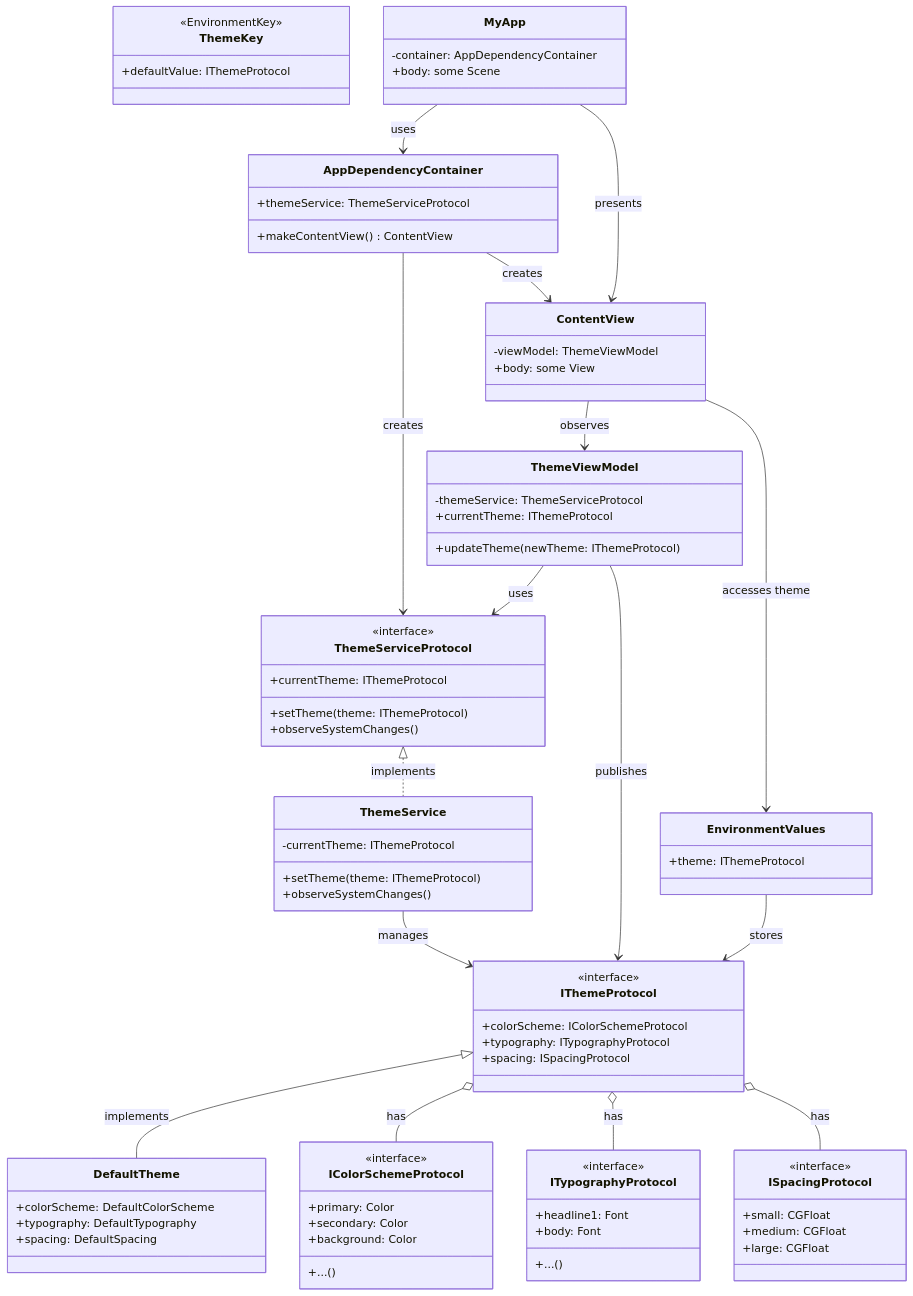
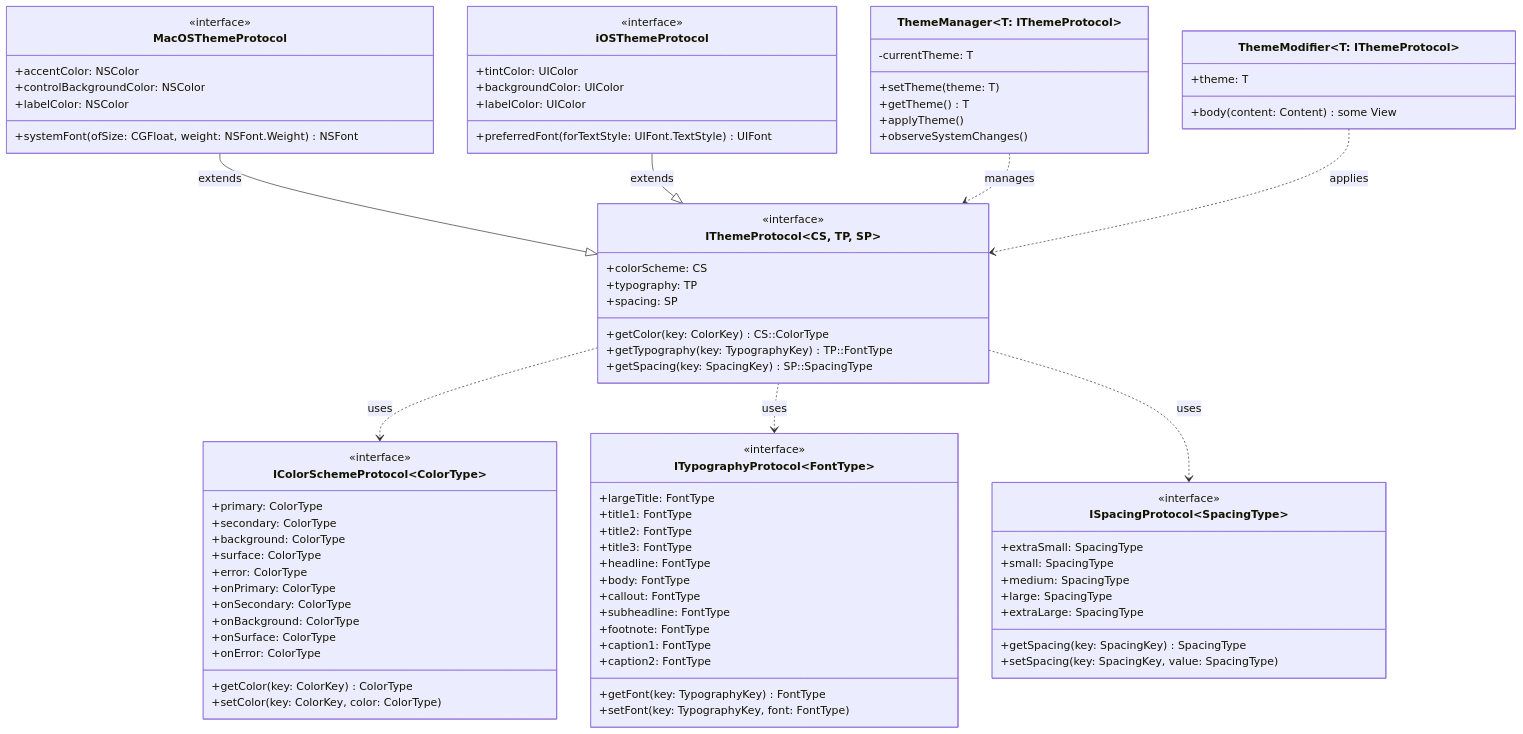
One commit to hurbes/swift-theme-manager changed the diagram in README.md. Above: the diagram before and after it, drawn with Mermaid. The commit also changed other lines of this file, not shown here.

````diff
--- a/README.md
+++ b/README.md
@@ -38,103 +24,93 @@
 ```mermaid
 classDiagram
-    class IThemeProtocol {
+    class IThemeProtocol~CS, TP, SP~ {
         <<interface>>
-        +colorScheme: IColorSchemeProtocol
-        +typography: ITypographyProtocol
-        +spacing: ISpacingProtocol
+        +colorScheme: CS
+        +typography: TP
+        +spacing: SP
+        +getColor(key: ColorKey) CS::ColorType
+        +getTypography(key: TypographyKey) TP::FontType
+        +getSpacing(key: SpacingKey) SP::SpacingType
     }
     
-    class IColorSchemeProtocol {
+    class IColorSchemeProtocol~ColorType~ {
         <<interface>>
-        +primary: Color
-        +secondary: Color
-        +background: Color
-        +...()
+        +primary: ColorType
+        +secondary: ColorType
+        +background: ColorType
+        +surface: ColorType
+        +error: ColorType
+        +onPrimary: ColorType
+        +onSecondary: ColorType
+        +onBackground: ColorType
+        +onSurface: ColorType
+        +onError: ColorType
+        +getColor(key: ColorKey) ColorType
+        +setColor(key: ColorKey, color: ColorType)
     }
     
-    class ITypographyProtocol {
+    class ITypographyProtocol~FontType~ {
         <<interface>>
-        +headline1: Font
-        +body: Font
-        +...()
+        +largeTitle: FontType
+        +title1: FontType
+        +title2: FontType
+        +title3: FontType
+        +headline: FontType
+        +body: FontType
+        +callout: FontType
+        +subheadline: FontType
+        +footnote: FontType
+        +caption1: FontType
+        +caption2: FontType
+        +getFont(key: TypographyKey) FontType
+        +setFont(key: TypographyKey, font: FontType)
     }
     
-    class ISpacingProtocol {
+    class ISpacingProtocol~SpacingType~ {
         <<interface>>
-        +small: CGFloat
-        +medium: CGFloat
-        +large: CGFloat
+        +extraSmall: SpacingType
+        +small: SpacingType
+        +medium: SpacingType
+        +large: SpacingType
+        +extraLarge: SpacingType
+        +getSpacing(key: SpacingKey) SpacingType
+        +setSpacing(key: SpacingKey, value: SpacingType)
     }
     
-    class DefaultTheme {
-        +colorScheme: DefaultColorScheme
-        +typography: DefaultTypography
-        +spacing: DefaultSpacing
+    class MacOSThemeProtocol {
+        <<interface>>
+        +accentColor: NSColor
+        +controlBackgroundColor: NSColor
+        +labelColor: NSColor
+        +systemFont(ofSize: CGFloat, weight: NSFont.Weight) NSFont
     }
     
-    class ThemeServiceProtocol {
+    class iOSThemeProtocol {
         <<interface>>
-        +currentTheme: IThemeProtocol
-        +setTheme(theme: IThemeProtocol)
+        +tintColor: UIColor
+        +backgroundColor: UIColor
+        +labelColor: UIColor
+        +preferredFont(forTextStyle: UIFont.TextStyle) UIFont
+    }
+    
+    class ThemeManager~T: IThemeProtocol~ {
+        -currentTheme: T
+        +setTheme(theme: T)
+        +getTheme() T
+        +applyTheme()
         +observeSystemChanges()
     }
     
-    class ThemeService {
-        -currentTheme: IThemeProtocol
-        +setTheme(theme: IThemeProtocol)
-        +observeSystemChanges()
+    class ThemeModifier~T: IThemeProtocol~ {
+        +theme: T
+        +body(content: Content) some View
     }
     
-    class ThemeViewModel {
-        -themeService: ThemeServiceProtocol
-        +currentTheme: IThemeProtocol
-        +updateTheme(newTheme: IThemeProtocol)
-    }
-    
-    class ContentView {
-        -viewModel: ThemeViewModel
-        +body: some View
-    }
-    
-    class AppDependencyContainer {
-        +themeService: ThemeServiceProtocol
-        +makeContentView() ContentView
-    }
-    
-    class ThemeKey {
-        <<EnvironmentKey>>
-        +defaultValue: IThemeProtocol
-    }
-    
-    class EnvironmentValues {
-        +theme: IThemeProtocol
-    }
-    
-    class MyApp {
-        -container: AppDependencyContainer
-        +body: some Scene
-    }
-
-    IThemeProtocol <|-- DefaultTheme : implements
-    IThemeProtocol o-- IColorSchemeProtocol : has
-    IThemeProtocol o-- ITypographyProtocol : has
-    IThemeProtocol o-- ISpacingProtocol : has
-    
-    ThemeServiceProtocol <|.. ThemeService : implements
-    ThemeService --> IThemeProtocol : manages
-    
-    ThemeViewModel --> ThemeServiceProtocol : uses
-    ThemeViewModel --> IThemeProtocol : publishes
-    
-    ContentView --> ThemeViewModel : observes
-    
-    AppDependencyContainer --> ThemeServiceProtocol : creates
-    AppDependencyContainer --> ContentView : creates
-    
-    EnvironmentValues --> IThemeProtocol : stores
-    
-    MyApp --> AppDependencyContainer : uses
-    MyApp --> ContentView : presents
-    
-    ContentView --> EnvironmentValues : accesses theme
+    IThemeProtocol ..> IColorSchemeProtocol : uses
+    IThemeProtocol ..> ITypographyProtocol : uses
+    IThemeProtocol ..> ISpacingProtocol : uses
+    MacOSThemeProtocol --|> IThemeProtocol : extends
+    iOSThemeProtocol --|> IThemeProtocol : extends
+    ThemeManager ..> IThemeProtocol : manages
+    ThemeModifier ..> IThemeProtocol : applies
 ```
````
